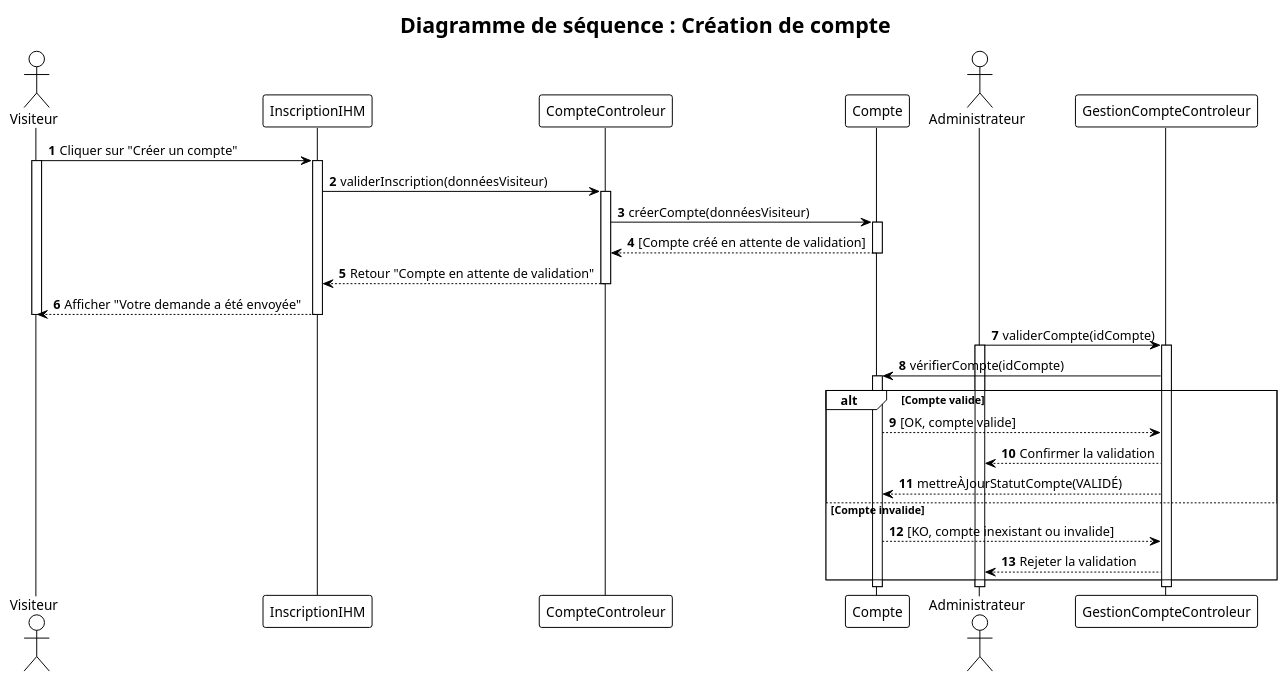
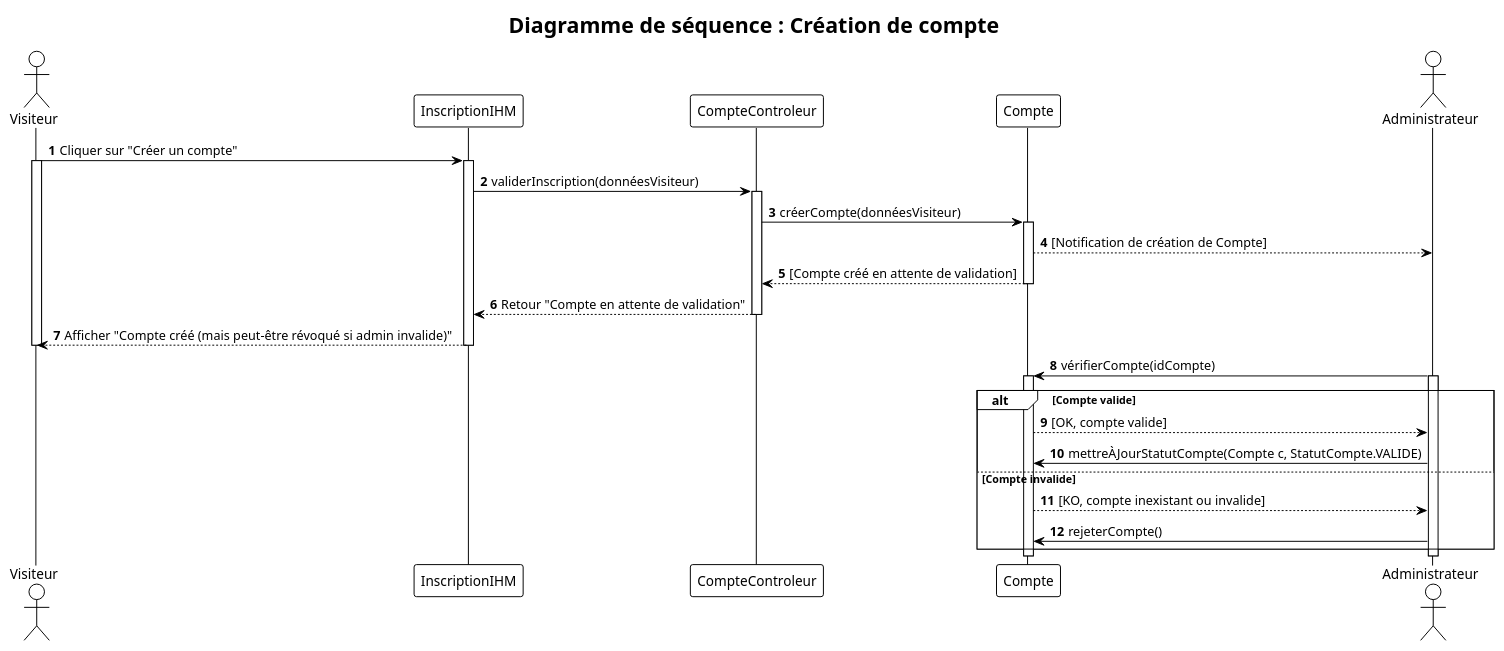
One commit to MehediT/BoutiqueLigneAudiovisuels changed the diagram in SequenceV2/AccountCreationSequence.puml. Above: the diagram before and after it, drawn with PlantUML. The commit also changed 7 other files, not shown here.

```diff
--- a/SequenceV2/AccountCreationSequence.puml
+++ b/SequenceV2/AccountCreationSequence.puml
@@ -1,50 +1,46 @@
 @startuml
 !theme plain
 autonumber
 
 actor "Visiteur" as V
 participant "InscriptionIHM" as IHM
 participant "CompteControleur" as CC
 participant "Compte" as C
 actor "Administrateur" as A
-participant "GestionCompteControleur" as GCC
 
 title Diagramme de séquence : Création de compte
 
 V -> IHM : Cliquer sur "Créer un compte"
 activate V
 activate IHM
 
 IHM -> CC : validerInscription(donnéesVisiteur)
 activate CC
 
 CC -> C : créerCompte(donnéesVisiteur)
 activate C
+C --> A : [Notification de création de Compte]
 C --> CC : [Compte créé en attente de validation]
 deactivate C
 
 CC --> IHM : Retour "Compte en attente de validation"
 deactivate CC
-IHM --> V : Afficher "Votre demande a été envoyée"
+IHM --> V : Afficher "Compte créé (mais peut-être révoqué si admin invalide)"
 deactivate IHM
 deactivate V
 
-A -> GCC : validerCompte(idCompte)
+A -> C : vérifierCompte(idCompte)
 activate A
-activate GCC
-GCC -> C : vérifierCompte(idCompte)
 activate C
 
 alt Compte valide
-    C --> GCC : [OK, compte valide]
-    GCC --> A : Confirmer la validation
-    GCC --> C : mettreÀJourStatutCompte(VALIDÉ)
+    C --> A : [OK, compte valide]
+    A -> C : mettreÀJourStatutCompte(Compte c, StatutCompte.VALIDE)
 else Compte invalide
-    C --> GCC : [KO, compte inexistant ou invalide]
-    GCC --> A : Rejeter la validation
+    C --> A : [KO, compte inexistant ou invalide]
+    A -> C : rejeterCompte()
 end
 
 deactivate C
-deactivate GCC
 deactivate A
 @enduml
```
